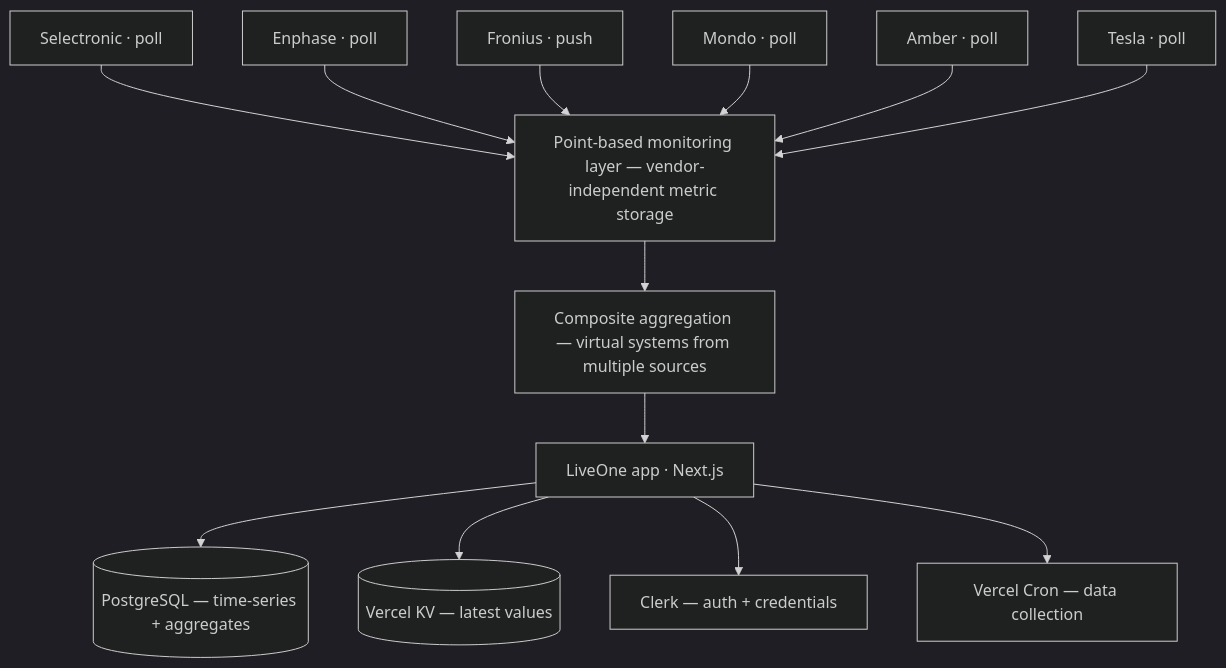
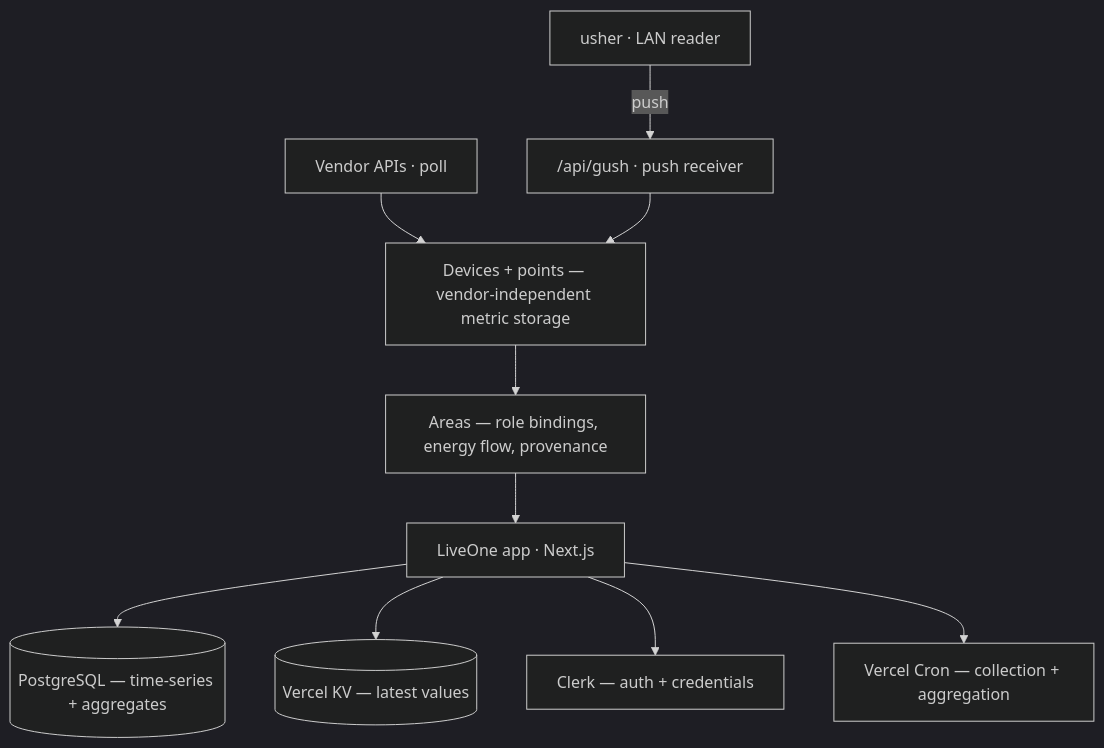
One commit to simonhac/LiveOne changed the diagram in README.md. Above: the diagram before and after it, drawn with Mermaid (dark theme). The commit also changed other lines of this file and 58 other files, not shown here.

````diff
--- a/README.md
+++ b/README.md
@@ -71,25 +98,19 @@
 ```mermaid
 flowchart TD
-    SEL[Selectronic · poll]
-    ENP[Enphase · poll]
-    FRO[Fronius · push]
-    MON[Mondo · poll]
-    AMB[Amber · poll]
-    TES[Tesla · poll]
+    POLL[Vendor APIs · poll]
+    USH[usher · LAN reader]
 
-    SEL --> POINTS
-    ENP --> POINTS
-    FRO --> POINTS
-    MON --> POINTS
-    AMB --> POINTS
-    TES --> POINTS
+    USH -->|push| GUSH["/api/gush · push receiver"]
 
-    POINTS[Point-based monitoring layer — vendor-independent metric storage]
-    POINTS --> COMP[Composite aggregation — virtual systems from multiple sources]
-    COMP --> APP[LiveOne app · Next.js]
+    POLL --> POINTS
+    GUSH --> POINTS
+
+    POINTS[Devices + points — vendor-independent metric storage]
+    POINTS --> AREAS[Areas — role bindings, energy flow, provenance]
+    AREAS --> APP[LiveOne app · Next.js]
 
     APP --> PG[(PostgreSQL — time-series + aggregates)]
     APP --> KV[(Vercel KV — latest values)]
     APP --> CLERK[Clerk — auth + credentials]
-    APP --> CRON[Vercel Cron — data collection]
+    APP --> CRON[Vercel Cron — collection + aggregation]
 ```
````
